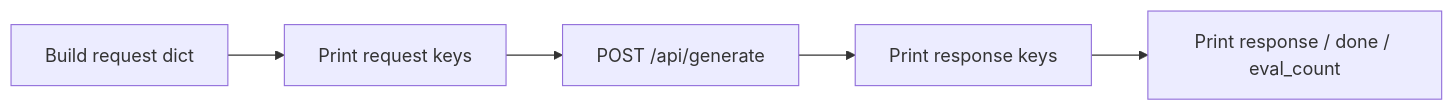
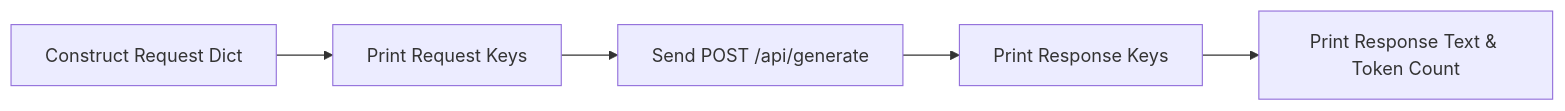
Before and after one commit to jacobbweber/AgenticAI-Labs: the diagram in education/00_atoms/lab2_read_the_json.md, drawn with Mermaid. The commit also changed other lines of this file and 123 other files, not shown here.

````diff
--- a/education/00_atoms/lab2_read_the_json.md
+++ b/education/00_atoms/lab2_read_the_json.md
@@ -12,7 +16,7 @@
 ```mermaid
 flowchart LR
-    A["Build request dict"] --> B["Print request keys"]
-    B --> C["POST /api/generate"]
-    C --> D["Print response keys"]
-    D --> E["Print response / done / eval_count"]
+    A["Construct Request Dict"] --> B["Print Request Keys"]
+    B --> C["Send POST /api/generate"]
+    C --> D["Print Response Keys"]
+    D --> E["Print Response Text & Token Count"]
 ```
````
